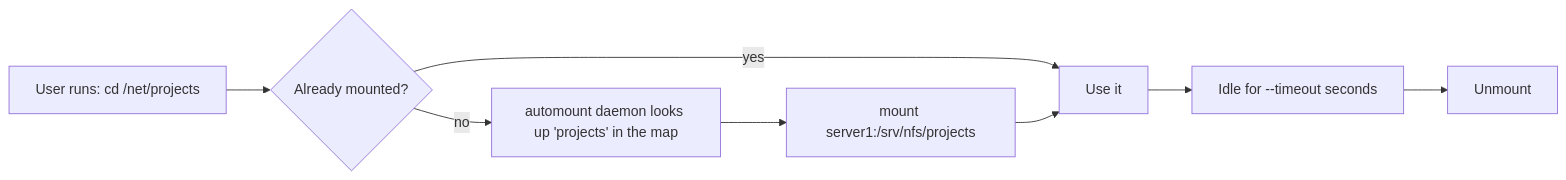
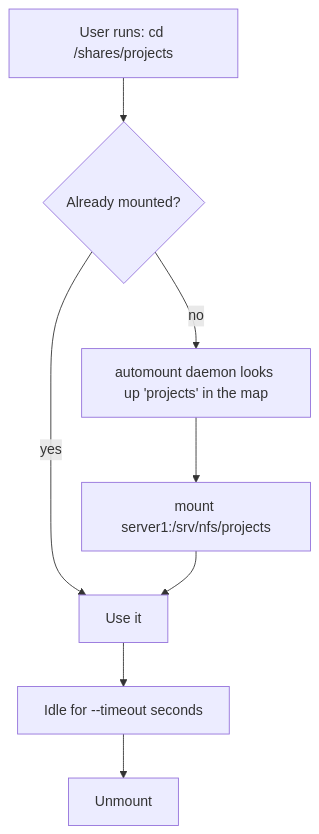
One commit to ssimpson89/LinuxTrainingCourse changed the third of 4 diagrams in content/13-nfs-and-samba.md. Above: the diagram before and after it, drawn with Mermaid. The commit also changed other lines of this file and 3 other files, not shown here.

````diff
--- a/content/13-nfs-and-samba.md
+++ b/content/13-nfs-and-samba.md
@@ -209,9 +229,9 @@
 ```mermaid
-flowchart LR
-    A["User runs: cd /net/projects"] --> B{"Already mounted?"}
+flowchart TB
+    A["User runs: cd /shares/projects"] --> B{"Already mounted?"}
     B -- yes --> E["Use it"]
     B -- no --> C["automount daemon looks up 'projects' in the map"]
     C --> D["mount server1:/srv/nfs/projects"]
     D --> E
     E --> F["Idle for --timeout seconds"] --> G["Unmount"]
 ```
````
